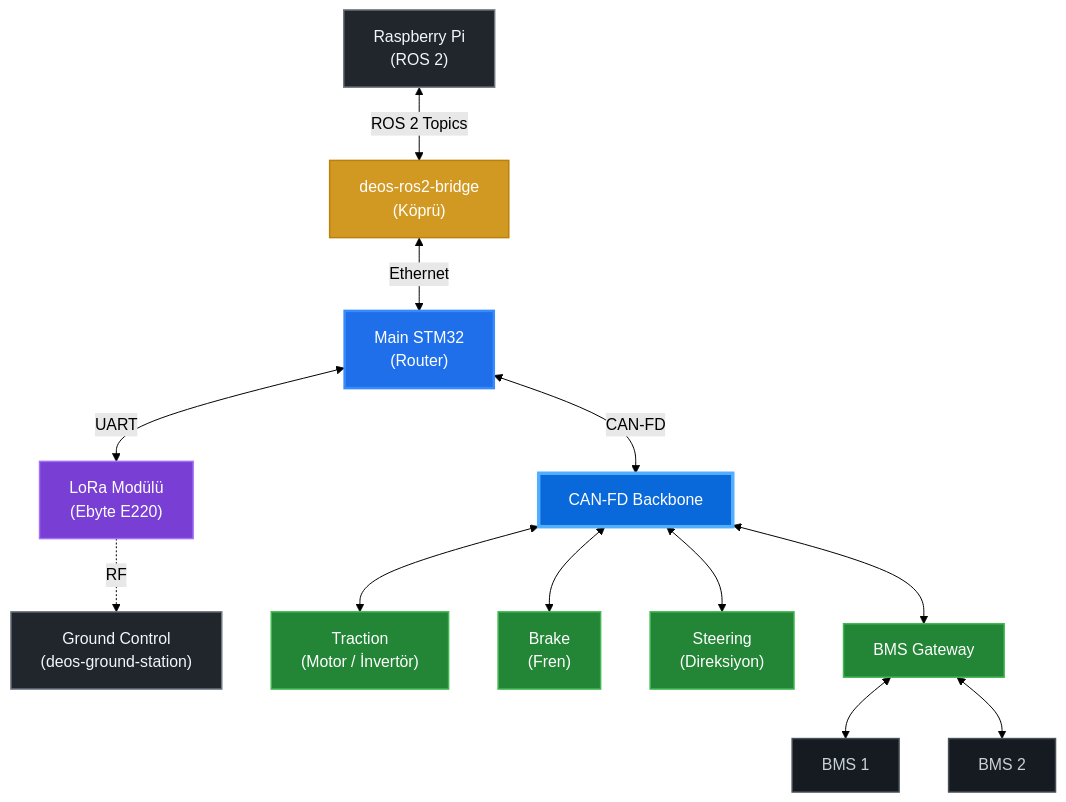
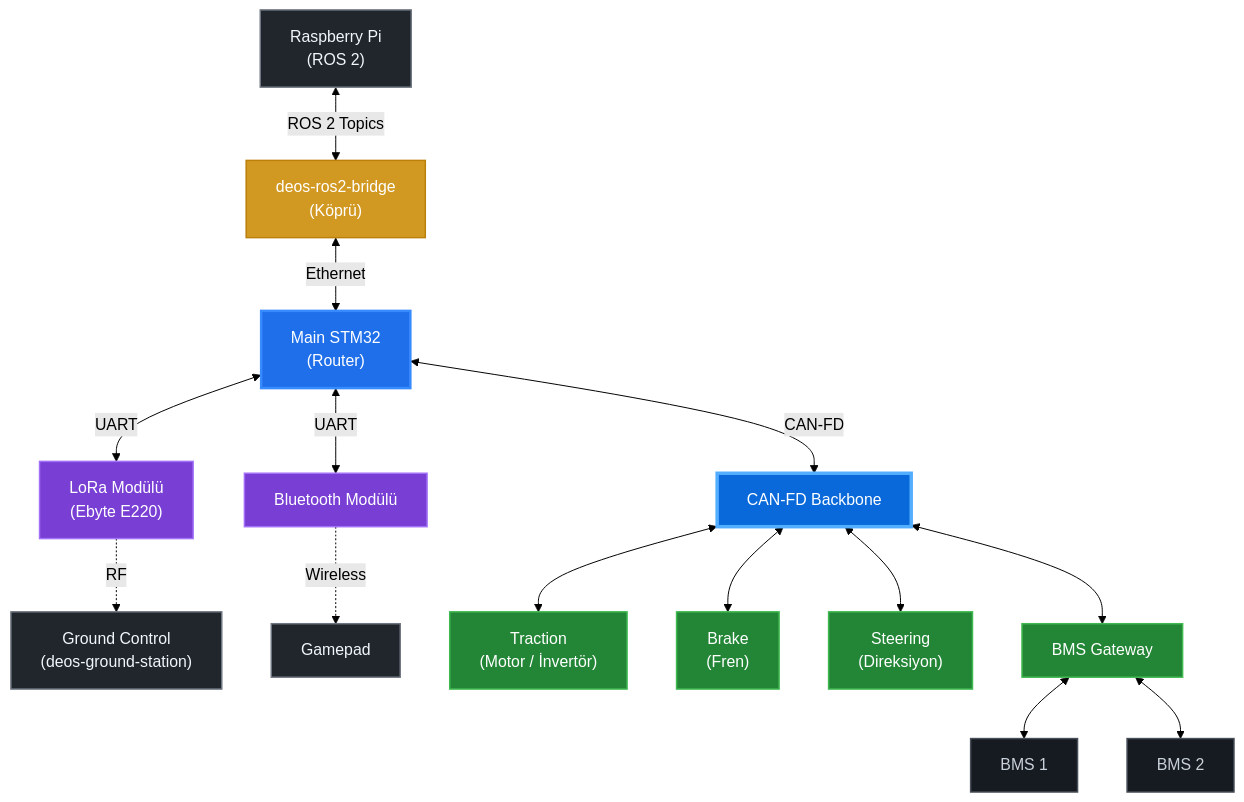
Before and after one commit to DEUDEOS-Team/deos-firmware: the second of 2 diagrams in README.md, drawn with Mermaid (forest theme). The commit also changed other lines of this file, not shown here.

Commit message:
docs: add Bluetooth module and Gamepad to hardware topology

````diff
--- a/README.md
+++ b/README.md
@@ -36,39 +36,45 @@
 ```mermaid
 graph TD
     classDef mcu fill:#1f6feb,stroke:#388bfd,stroke-width:2.5px,color:#ffffff;
     classDef host fill:#21262d,stroke:#6e7681,stroke-width:1.5px,color:#f0f6fc;
     classDef bridge fill:#d29922,stroke:#bb8009,stroke-width:1.5px,color:#ffffff;
     classDef rf fill:#793ed4,stroke:#a371f7,stroke-width:1.5px,color:#ffffff;
     classDef can fill:#238636,stroke:#3fb950,stroke-width:1.5px,color:#ffffff;
     classDef bms fill:#161b22,stroke:#484f58,stroke-width:1.5px,color:#c9d1d9;
     classDef bus fill:#0969da,stroke:#54aeff,stroke-width:3.5px,color:#ffffff;
 
     RPI["Raspberry Pi<br/>(ROS 2)"]:::host
     BRIDGE["deos-ros2-bridge<br/>(Köprü)"]:::bridge
     MAIN["Main STM32<br/>(Router)"]:::mcu
 
     LORA["LoRa Modülü<br/>(Ebyte E220)"]:::rf
     GCS["Ground Control<br/>(deos-ground-station)"]:::host
 
+    BT["Bluetooth Modülü"]:::rf
+    GAMEPAD["Gamepad"]:::host
+
     RPI <-->|"ROS 2 Topics"| BRIDGE
     BRIDGE <-->|"Ethernet"| MAIN
 
     MAIN <-->|"UART"| LORA
     LORA -.->|"RF"| GCS
+
+    MAIN <-->|"UART"| BT
+    BT -.->|"Wireless"| GAMEPAD
 
     CAN_BUS["CAN-FD Backbone"]:::bus
     TRACTION["Traction<br/>(Motor / İnvertör)"]:::can
     BRAKE["Brake<br/>(Fren)"]:::can
     STEERING["Steering<br/>(Direksiyon)"]:::can
     BMS_GW["BMS Gateway"]:::can
     BMS1["BMS 1"]:::bms
     BMS2["BMS 2"]:::bms
 
     MAIN <-->|"CAN-FD"| CAN_BUS
     CAN_BUS <--> TRACTION
     CAN_BUS <--> BRAKE
     CAN_BUS <--> STEERING
     CAN_BUS <--> BMS_GW
     BMS_GW <--> BMS1
     BMS_GW <--> BMS2
 ```
````
